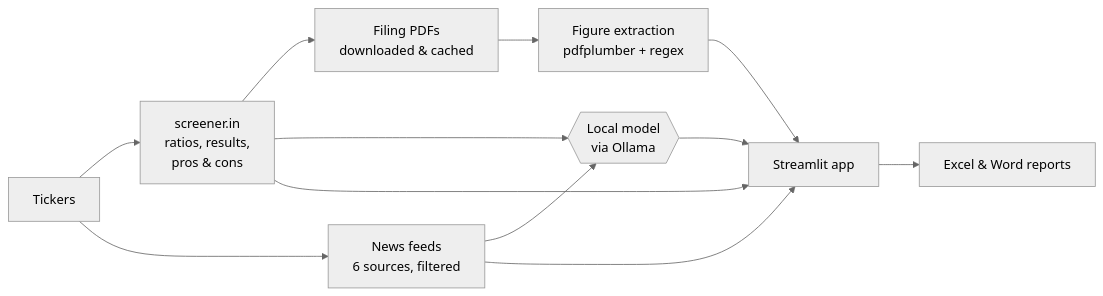
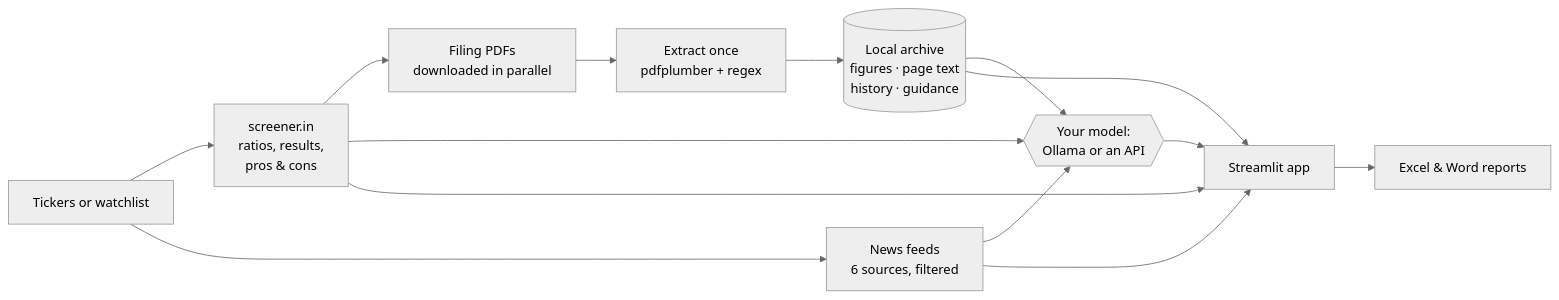
One commit to tapariapurv/indian-stock-data-hub changed the diagram in README.md. Above: the diagram before and after it, drawn with Mermaid (neutral theme). The commit also changed other lines of this file and 24 other files, not shown here.

First line of the commit message:
Add archive search, guidance tracking, history, any-provider AI and spend limits

````diff
--- a/README.md
+++ b/README.md
@@ -82,14 +143,16 @@
 ```mermaid
 flowchart LR
-    T[Tickers] --> S[screener.in<br/>ratios, results,<br/>pros & cons]
-    S --> F[Filing PDFs<br/>downloaded & cached]
-    F --> X[Figure extraction<br/>pdfplumber + regex]
+    T[Tickers or watchlist] --> S[screener.in<br/>ratios, results,<br/>pros & cons]
+    S --> F[Filing PDFs<br/>downloaded in parallel]
+    F --> X[Extract once<br/>pdfplumber + regex]
+    X --> A[(Local archive<br/>figures · page text<br/>history · guidance)]
     T --> N[News feeds<br/>6 sources, filtered]
-    S --> AI{{Local model<br/>via Ollama}}
+    S --> AI{{Your model:<br/>Ollama or an API}}
     N --> AI
+    A --> AI
     AI --> UI[Streamlit app]
     S --> UI
-    X --> UI
+    A --> UI
     N --> UI
     UI --> R[Excel & Word reports]
 ```
````
